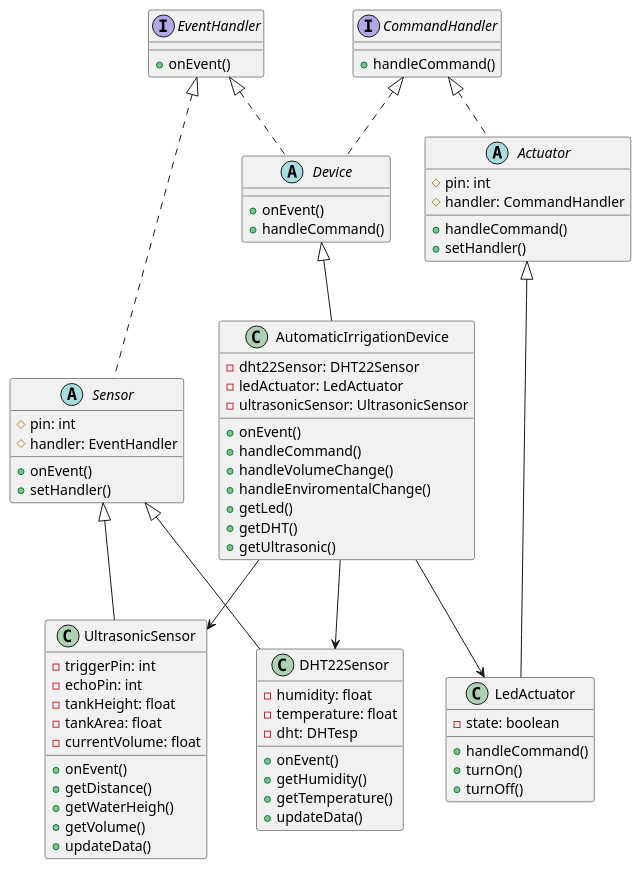
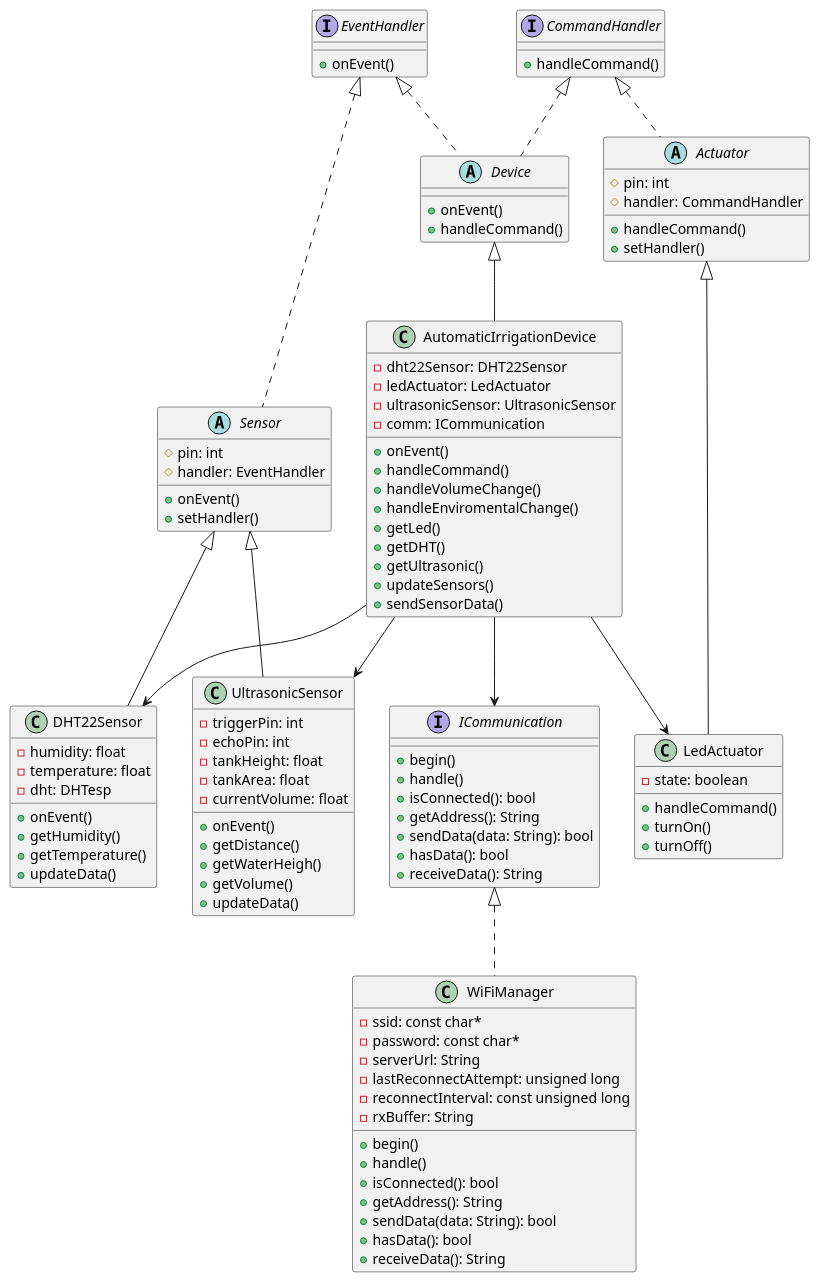
One commit to iot-solutions64/wokwi changed the diagram in docs/class-diagram.puml. Above: the diagram before and after it, drawn with PlantUML. The commit also changed 7 other files, not shown here.

```diff
--- a/docs/class-diagram.puml
+++ b/docs/class-diagram.puml
@@ -1,93 +1,124 @@
 @startuml Diagrama de clases de HydroSmart
 
 ' Interfaces
 interface EventHandler {
     + onEvent()
 }
 
 interface CommandHandler {
     + handleCommand()
+}
+
+interface ICommunication {
+    + begin()
+    + handle()
+    + isConnected(): bool
+    + getAddress(): String
+    + sendData(data: String): bool
+    + hasData(): bool
+    + receiveData(): String
 }
 
 ' Clases abstractas
 abstract class Sensor {
     # pin: int
     # handler: EventHandler
     + onEvent()
     + setHandler()
 }
 
 abstract class Actuator {
     # pin: int
     # handler: CommandHandler
     + handleCommand()
     + setHandler()
 }
 
 abstract class Device {
     + onEvent()
     + handleCommand()
 }
 
 ' Clases concretas
 class DHT22Sensor {
     - humidity: float
     - temperature: float
     - dht: DHTesp
     + onEvent()
     + getHumidity()
     + getTemperature()
     + updateData()
 }
 
 class UltrasonicSensor {
     - triggerPin: int
     - echoPin: int
     - tankHeight: float
     - tankArea: float
     - currentVolume: float
     + onEvent()
     + getDistance()
     + getWaterHeigh()
     + getVolume()
     + updateData()
 }
 
-
 class LedActuator {
     - state: boolean
     + handleCommand()
     + turnOn()
     + turnOff()
 }
 
 class AutomaticIrrigationDevice {
     - dht22Sensor: DHT22Sensor
     - ledActuator: LedActuator
     - ultrasonicSensor: UltrasonicSensor
+    - comm: ICommunication
     + onEvent()
     + handleCommand()
     + handleVolumeChange()
     + handleEnviromentalChange()
     + getLed()
     + getDHT()
     + getUltrasonic()
+    + updateSensors()
+    + sendSensorData()
 }
 
-' Relaciones de Implentacion de interfaces
+class WiFiManager {
+    - ssid: const char*
+    - password: const char*
+    - serverUrl: String
+    - lastReconnectAttempt: unsigned long
+    - reconnectInterval: const unsigned long
+    - rxBuffer: String
+    + begin()
+    + handle()
+    + isConnected(): bool
+    + getAddress(): String
+    + sendData(data: String): bool
+    + hasData(): bool
+    + receiveData(): String
+}
+
+' Relaciones de implementación de interfaces
 EventHandler <|.. Sensor
 CommandHandler <|.. Actuator
 EventHandler <|.. Device
 CommandHandler <|.. Device
+ICommunication <|.. WiFiManager
 
-' Relaciones de Herencia
+' Relaciones de herencia
 Sensor <|-- DHT22Sensor
 Sensor <|-- UltrasonicSensor
 Actuator <|-- LedActuator
 Device <|-- AutomaticIrrigationDevice
 
-' Relaciones de Composición/Agregación (dependencia)
+' Relaciones de composición/agregación (dependencia)
 AutomaticIrrigationDevice --> DHT22Sensor
 AutomaticIrrigationDevice --> UltrasonicSensor
 AutomaticIrrigationDevice --> LedActuator
+AutomaticIrrigationDevice --> ICommunication
+
 @enduml
```
